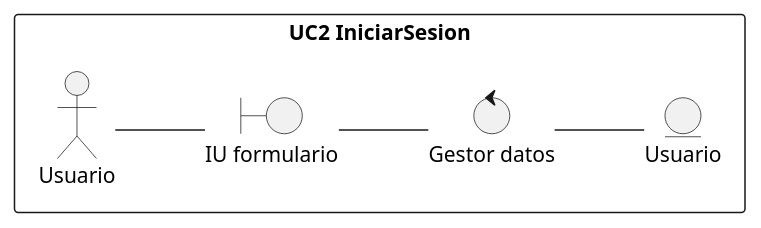
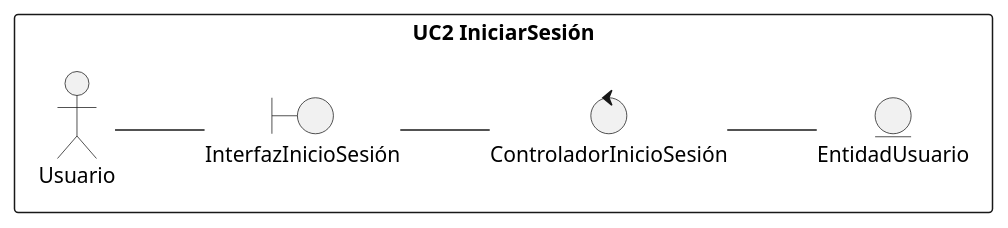
The diagram in docs/scenariosView/diagramas-de-analisis/DA2.plantuml (RolandoU548/Plataforma-Digital-IS), drawn with PlantUML before and after one commit. The commit also changed 15 other files, not shown here.

Commit message:
diagrama de clases de analisis

```diff
--- a/docs/scenariosView/diagramas-de-analisis/DA2.plantuml
+++ b/docs/scenariosView/diagramas-de-analisis/DA2.plantuml
@@ -1,29 +1,29 @@
-@startuml r11
+@startuml DA2
 /'
     Crear el diagrama de clases de análisis y de colaboración de los casos de uso prioritarios del proyecto.
 
     Para conseguir el diagrama de clases seguir los siguientes pasos:
 
     1. Identificar las clases Entidad (Modelo)
     2. Identificar las clases Interfaz (Vista)
     3. Identificar las clases Control (Controlador)
     4. Identificar las relaciones entre estas clases
     
     Este diagrama debe ser específico de un caso de uso y las clases deben ser representadas con sus estereotipos.
     
     Para conseguir el diagrama de colaboración, identifique las relaciones (enlaces) entre los objetos y los requerimientos (mensajes) sobre cada objeto involucrado en la descripción del caso de uso.
 '/
 left to right direction
 
-rectangle "UC2 IniciarSesion"{
+rectangle "UC2 IniciarSesión"{
     actor Usuario 
-    entity Usuario as e1
-    boundary "IU formulario" as i1
-    control "Gestor datos" as c1
+    entity "EntidadUsuario" as e1
+    boundary "InterfazInicioSesión" as i1
+    control "ControladorInicioSesión" as c1
 }
 Usuario -- i1
 i1 -- c1
 c1 -- e1
 
 
 @enduml
```
